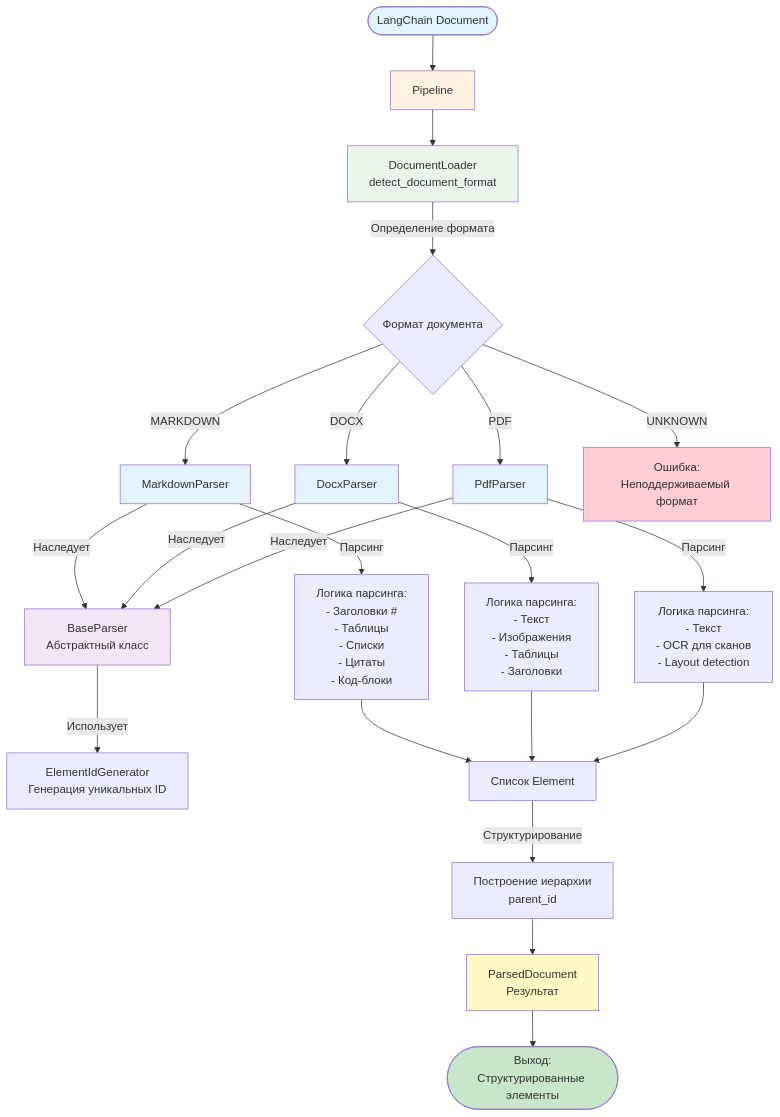
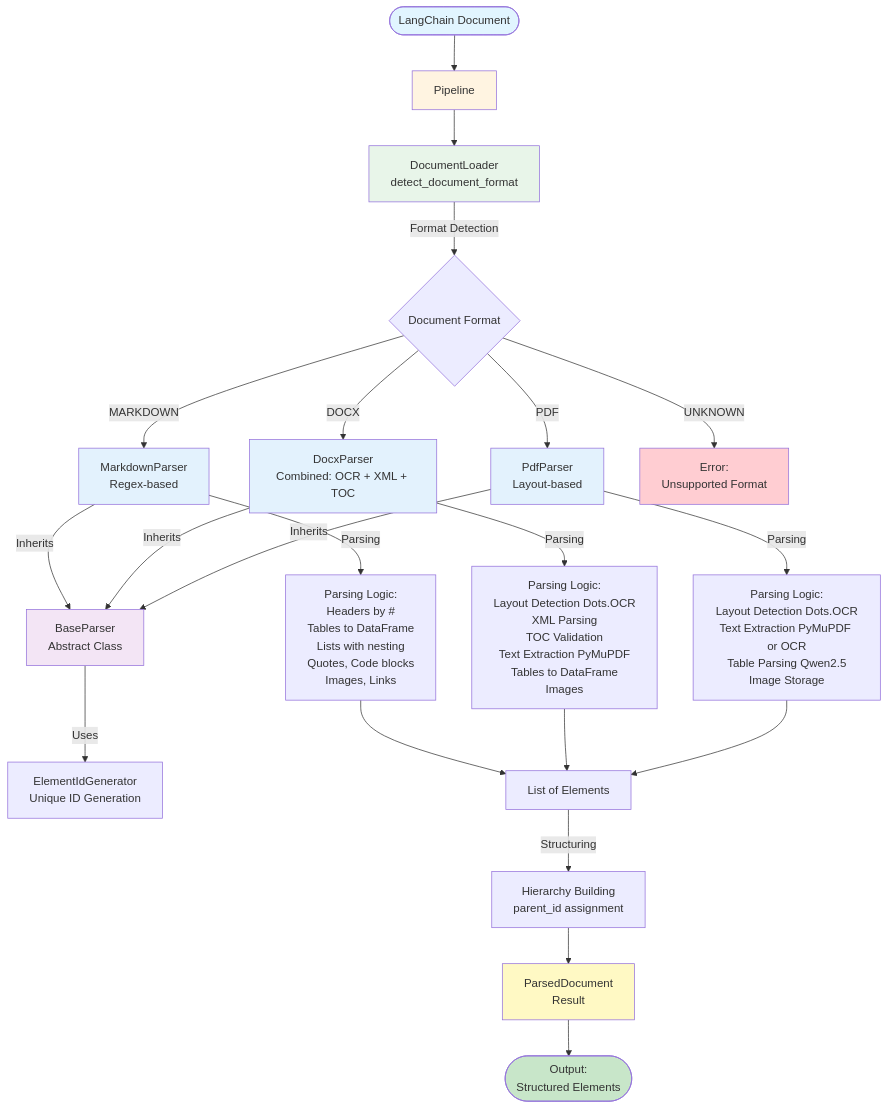
Before and after one commit to aimclub/documentor: the first of 5 diagrams in docs/architecture_diagram.md, drawn with Mermaid. The commit also changed other lines of this file and 15 other files, not shown here.

Commit message:
Update documentation: translate to English, update architecture diagrams, add comprehensive parser docs

````diff
--- a/docs/architecture_diagram.md
+++ b/docs/architecture_diagram.md
@@ -5,46 +5,46 @@
 ```mermaid
 graph TB
     Start([LangChain Document]) --> Pipeline[Pipeline]
     
     Pipeline --> Loader[DocumentLoader<br/>detect_document_format]
     
-    Loader -->|Определение формата| FormatCheck{Формат документа}
+    Loader -->|Format Detection| FormatCheck{Document Format}
     
-    FormatCheck -->|MARKDOWN| MarkdownParser[MarkdownParser]
-    FormatCheck -->|DOCX| DocxParser[DocxParser]
-    FormatCheck -->|PDF| PdfParser[PdfParser]
-    FormatCheck -->|UNKNOWN| Error[Ошибка:<br/>Неподдерживаемый формат]
+    FormatCheck -->|MARKDOWN| MarkdownParser[MarkdownParser<br/>Regex-based]
+    FormatCheck -->|DOCX| DocxParser[DocxParser<br/>Combined: OCR + XML + TOC]
+    FormatCheck -->|PDF| PdfParser[PdfParser<br/>Layout-based]
+    FormatCheck -->|UNKNOWN| Error[Error:<br/>Unsupported Format]
     
-    MarkdownParser -->|Наследует| BaseParser[BaseParser<br/>Абстрактный класс]
-    DocxParser -->|Наследует| BaseParser
-    PdfParser -->|Наследует| BaseParser
+    MarkdownParser -->|Inherits| BaseParser[BaseParser<br/>Abstract Class]
+    DocxParser -->|Inherits| BaseParser
+    PdfParser -->|Inherits| BaseParser
     
-    BaseParser -->|Использует| IdGenerator[ElementIdGenerator<br/>Генерация уникальных ID]
+    BaseParser -->|Uses| IdGenerator[ElementIdGenerator<br/>Unique ID Generation]
     
-    MarkdownParser -->|Парсинг| MarkdownLogic[Логика парсинга:<br/>- Заголовки #<br/>- Таблицы<br/>- Списки<br/>- Цитаты<br/>- Код-блоки]
+    MarkdownParser -->|Parsing| MarkdownLogic["Parsing Logic:<br/>Headers by #<br/>Tables to DataFrame<br/>Lists with nesting<br/>Quotes, Code blocks<br/>Images, Links"]
     
-    DocxParser -->|Парсинг| DocxLogic[Логика парсинга:<br/>- Текст<br/>- Изображения<br/>- Таблицы<br/>- Заголовки]
+    DocxParser -->|Parsing| DocxLogic["Parsing Logic:<br/>Layout Detection Dots.OCR<br/>XML Parsing<br/>TOC Validation<br/>Text Extraction PyMuPDF<br/>Tables to DataFrame<br/>Images"]
     
-    PdfParser -->|Парсинг| PdfLogic[Логика парсинга:<br/>- Текст<br/>- OCR для сканов<br/>- Layout detection]
+    PdfParser -->|Parsing| PdfLogic["Parsing Logic:<br/>Layout Detection Dots.OCR<br/>Text Extraction PyMuPDF or OCR<br/>Table Parsing Qwen2.5<br/>Image Storage"]
     
-    MarkdownLogic --> Elements[Список Element]
+    MarkdownLogic --> Elements[List of Elements]
     DocxLogic --> Elements
     PdfLogic --> Elements
     
-    Elements -->|Структурирование| Hierarchy[Построение иерархии<br/>parent_id]
+    Elements -->|Structuring| Hierarchy[Hierarchy Building<br/>parent_id assignment]
     
-    Hierarchy --> ParsedDoc[ParsedDocument<br/>Результат]
+    Hierarchy --> ParsedDoc[ParsedDocument<br/>Result]
     
-    ParsedDoc --> Output([Выход:<br/>Структурированные элементы])
+    ParsedDoc --> Output([Output:<br/>Structured Elements])
     
     style Start fill:#e1f5ff
     style Pipeline fill:#fff4e1
     style Loader fill:#e8f5e9
     style BaseParser fill:#f3e5f5
     style MarkdownParser fill:#e3f2fd
     style DocxParser fill:#e3f2fd
     style PdfParser fill:#e3f2fd
     style ParsedDoc fill:#fff9c4
     style Output fill:#c8e6c9
     style Error fill:#ffcdd2
 ```
````
